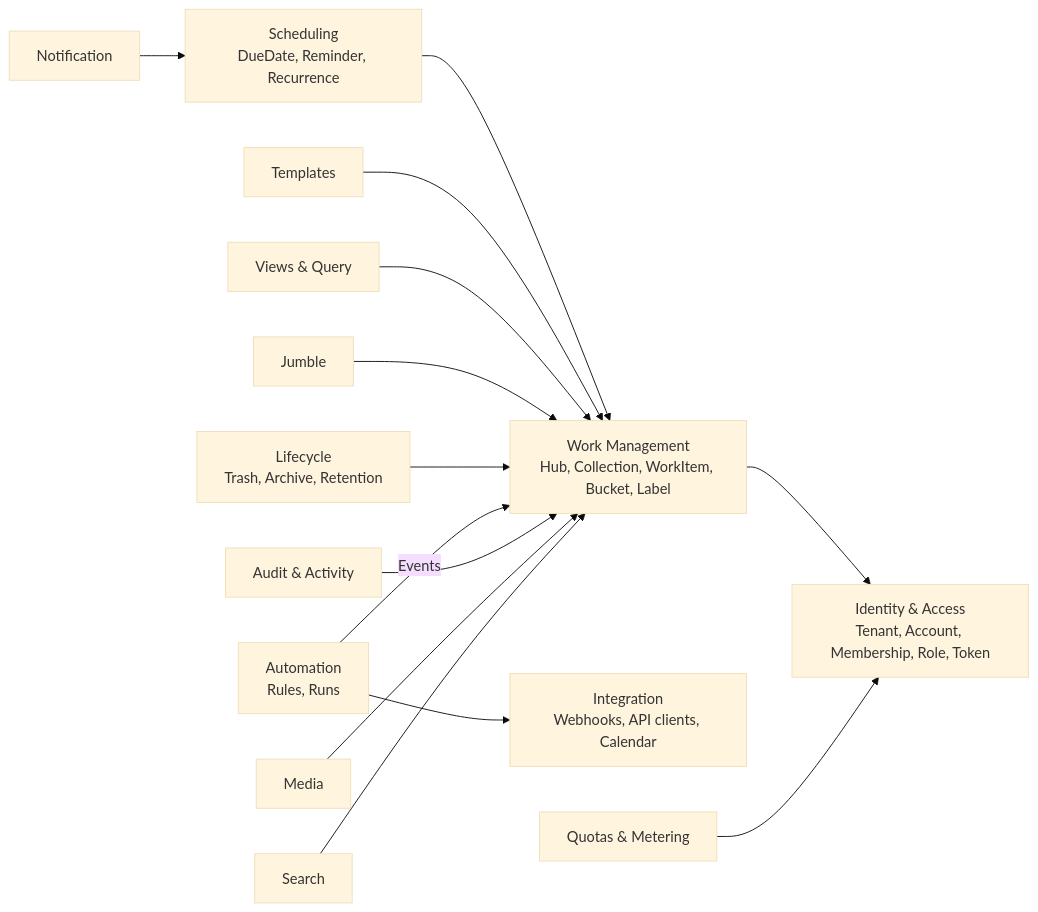
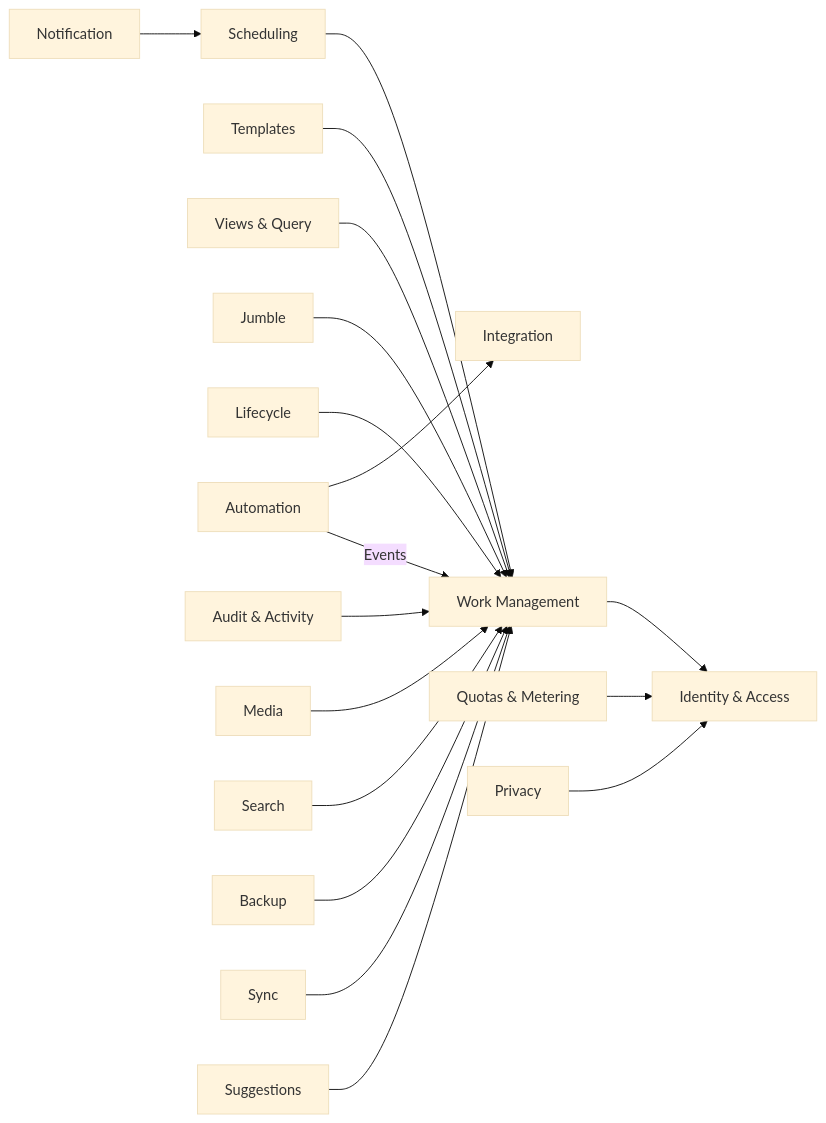
One commit to Jersyfi/hubtask changed the third of 7 diagrams in docs/architecture/arc42.md. Above: the diagram before and after it, drawn with Mermaid (base theme). The commit also changed other lines of this file and 1979 other files, not shown here.

````diff
--- a/docs/architecture/arc42.md
+++ b/docs/architecture/arc42.md
@@ -322,31 +328,39 @@
 ```mermaid
 graph LR
-  IAM[Identity & Access<br/>Tenant, Account, Membership, Role, Token]
-  WORK[Work Management<br/>Hub, Collection, WorkItem, Bucket, Label]
-  SCHED[Scheduling<br/>DueDate, Reminder, Recurrence]
+  IAM[Identity & Access]
+  WORK[Work Management]
+  SCHED[Scheduling]
   TPL[Templates]
   VIEW[Views & Query]
   JUM[Jumble]
-  LIFE[Lifecycle<br/>Trash, Archive, Retention]
-  AUTOM[Automation<br/>Rules, Runs]
-  INTEG[Integration<br/>Webhooks, API clients, Calendar]
+  LIFE[Lifecycle]
+  AUTOM[Automation]
+  INTEG[Integration]
   NOTIF[Notification]
   AUD[Audit & Activity]
   FILES[Media]
   SEARCH[Search]
   LIC[Quotas & Metering]
+  BAK[Backup]
+  PRIV[Privacy]
+  SYNC[Sync]
+  SUGG[Suggestions]
 
   WORK --> IAM
   SCHED --> WORK
   TPL --> WORK
   VIEW --> WORK
   JUM --> WORK
   LIFE --> WORK
   AUTOM -->|Events| WORK
   AUTOM --> INTEG
   NOTIF --> SCHED
   AUD --> WORK
   FILES --> WORK
   SEARCH --> WORK
   LIC --> IAM
+  BAK --> WORK
+  PRIV --> IAM
+  SYNC --> WORK
+  SUGG --> WORK
 ```
````
